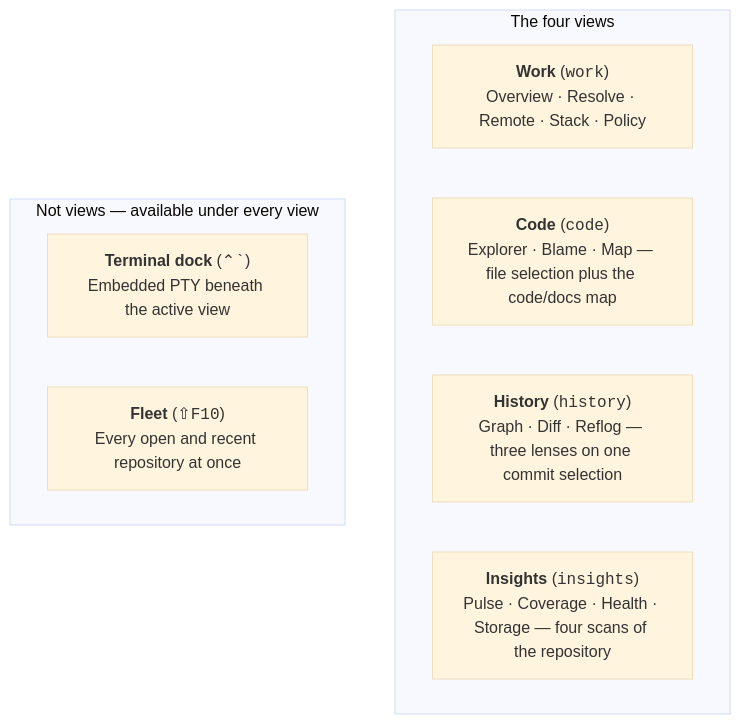
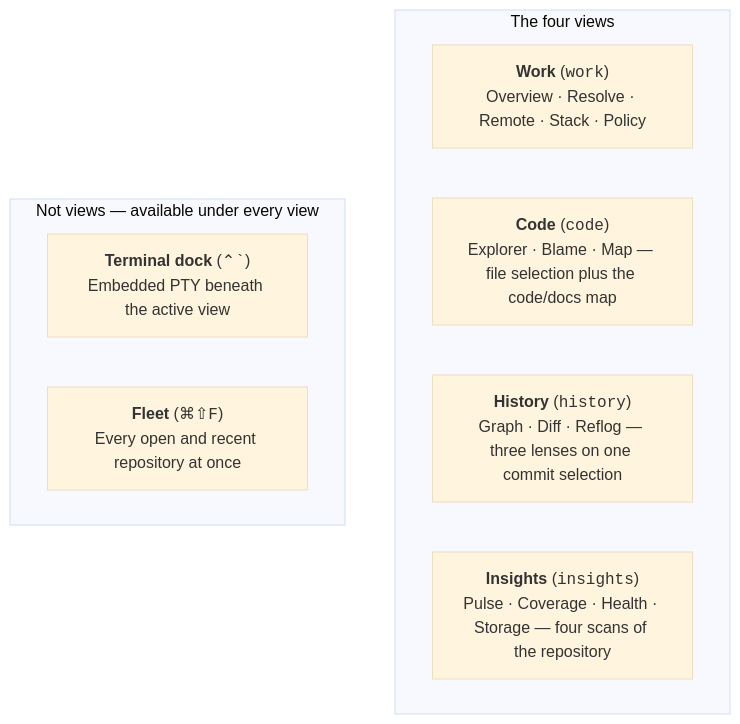
The first of 2 diagrams in docs/FEATURES.md (bharathvbcr/GitPulse), drawn with Mermaid (base theme) before and after one commit. The commit also changed other lines of this file and 66 other files, not shown here.

````diff
--- a/docs/FEATURES.md
+++ b/docs/FEATURES.md
@@ -7,14 +19,14 @@
 ```mermaid
 flowchart TD
     subgraph ViewGroup["The four views"]
         Work["<b>Work</b> (<code>work</code>)<br/>Overview · Resolve · Remote · Stack · Policy"]
         Code["<b>Code</b> (<code>code</code>)<br/>Explorer · Blame · Map — file selection plus the code/docs map"]
         History["<b>History</b> (<code>history</code>)<br/>Graph · Diff · Reflog — three lenses on one commit selection"]
         Insights["<b>Insights</b> (<code>insights</code>)<br/>Pulse · Coverage · Health · Storage — four scans of the repository"]
     end
 
     subgraph NotViews["Not views — available under every view"]
         Terminal["<b>Terminal dock</b> (<code>⌃`</code>)<br/>Embedded PTY beneath the active view"]
-        Fleet["<b>Fleet</b> (<code>⇧F10</code>)<br/>Every open and recent repository at once"]
+        Fleet["<b>Fleet</b> (<code>⌘⇧F</code>)<br/>Every open and recent repository at once"]
     end
 ```
````
